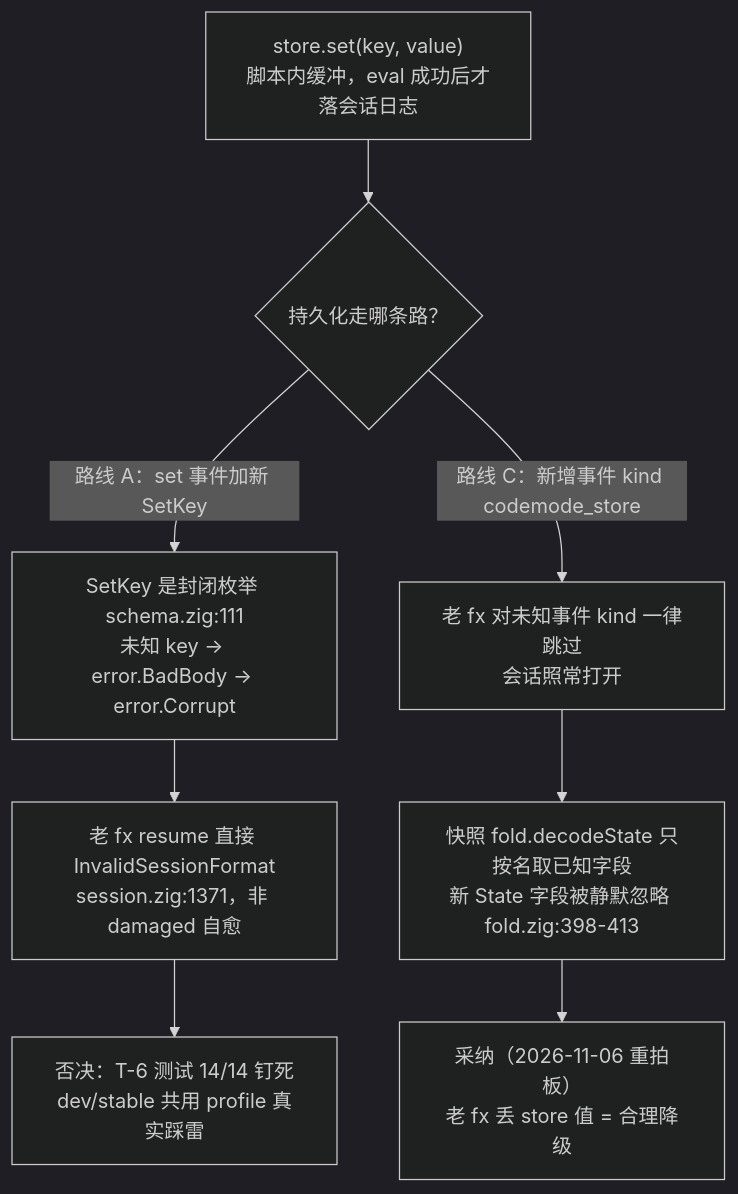
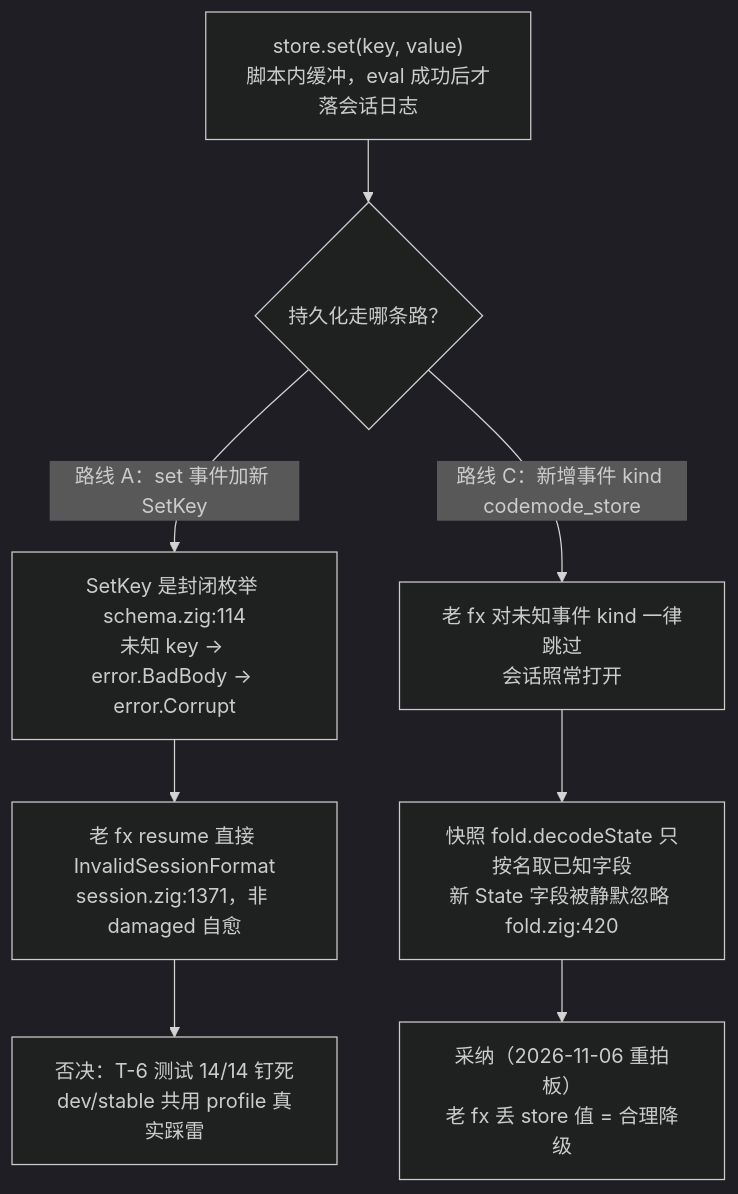
One commit to tt67wq/blog changed the diagram in assets/fx-codemode/store-compat.mmd. Above: the diagram before and after it, drawn with Mermaid (dark theme). The commit also changed 1 other file, not shown here.

Commit message:
B-3 minor#1: store-compat 图行号修正 schema.zig:114 / fold.zig:420

```diff
--- a/assets/fx-codemode/store-compat.mmd
+++ b/assets/fx-codemode/store-compat.mmd
@@ -1,8 +1,8 @@
 flowchart TD
     S["store.set(key, value)\n脚本内缓冲，eval 成功后才落会话日志"] --> Q{"持久化走哪条路？"}
-    Q -- "路线 A：set 事件加新 SetKey" --> A1["SetKey 是封闭枚举 schema.zig:111\n未知 key → error.BadBody → error.Corrupt"]
+    Q -- "路线 A：set 事件加新 SetKey" --> A1["SetKey 是封闭枚举 schema.zig:114\n未知 key → error.BadBody → error.Corrupt"]
     A1 --> A2["老 fx resume 直接 InvalidSessionFormat\nsession.zig:1371，非 damaged 自愈"]
     A2 --> AX["否决：T-6 测试 14/14 钉死\ndev/stable 共用 profile 真实踩雷"]
     Q -- "路线 C：新增事件 kind codemode_store" --> C1["老 fx 对未知事件 kind 一律跳过\n会话照常打开"]
-    C1 --> C2["快照 fold.decodeState 只按名取已知字段\n新 State 字段被静默忽略 fold.zig:398-413"]
+    C1 --> C2["快照 fold.decodeState 只按名取已知字段\n新 State 字段被静默忽略 fold.zig:420"]
     C2 --> CX["采纳（2026-11-06 重拍板）\n老 fx 丢 store 值 = 合理降级"]
```
